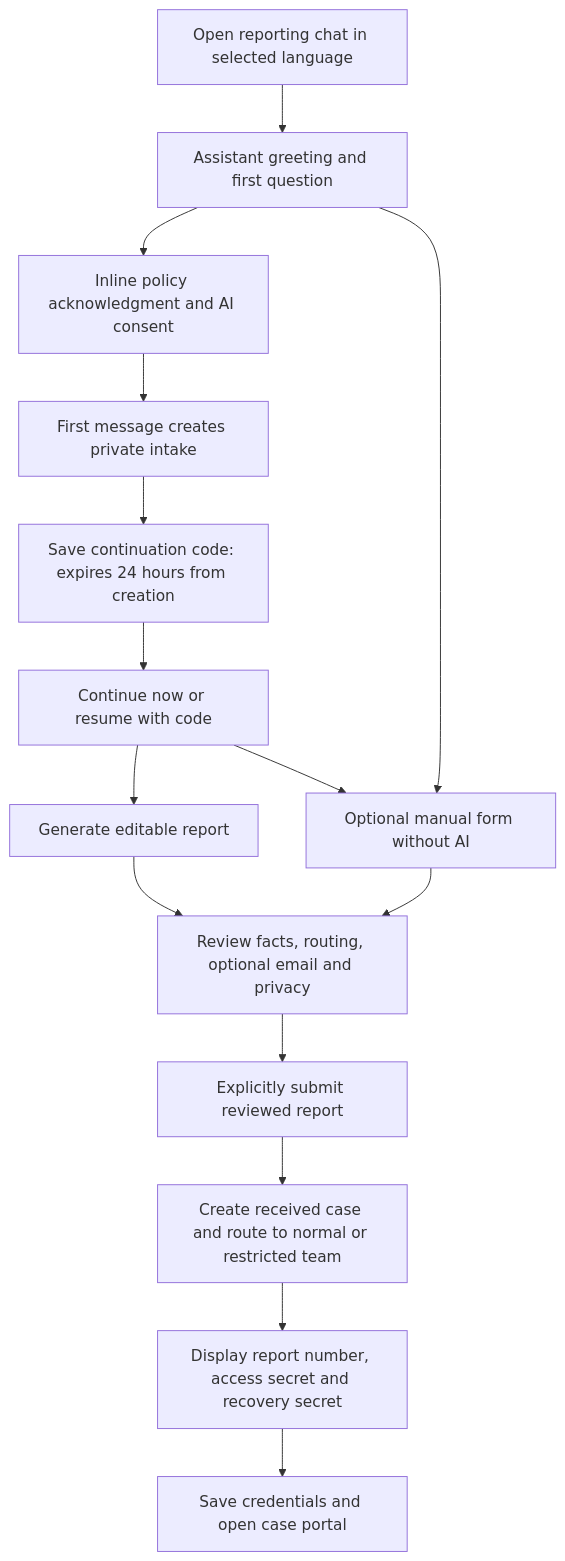
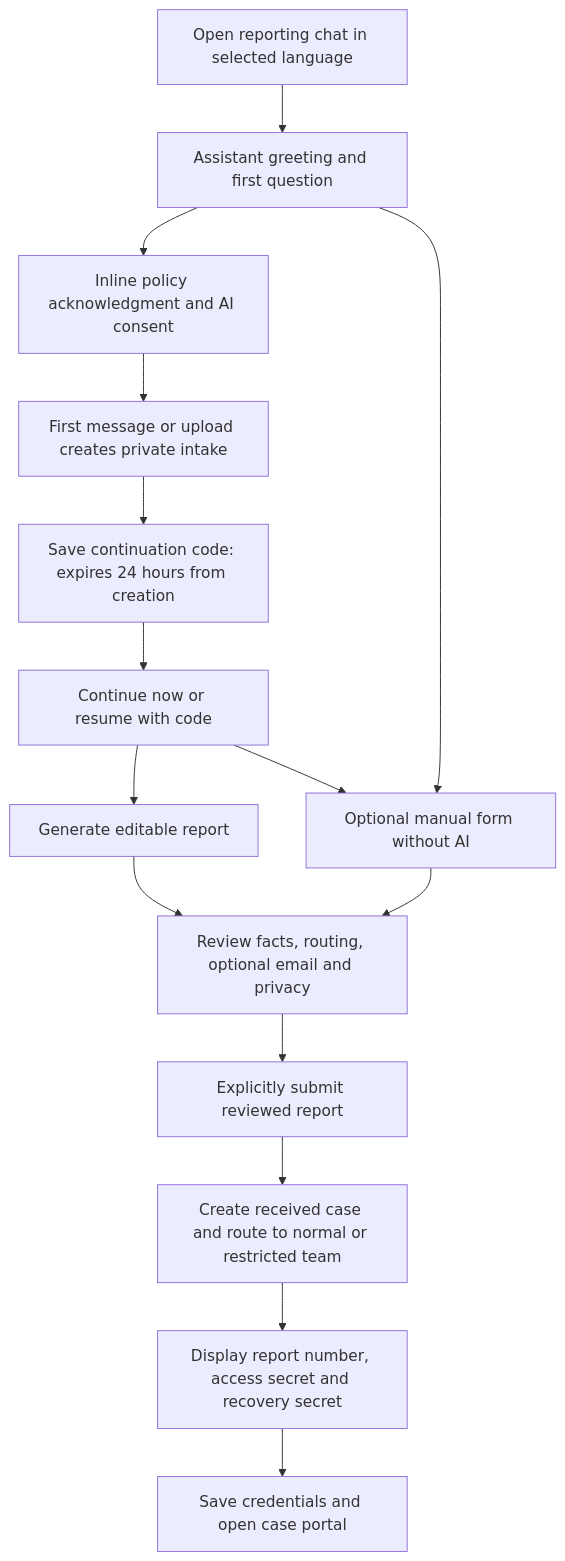
One commit to lixionary/lixionary-whistleblower changed the first of 5 diagrams in docs/reporting-flow.md. Above: the diagram before and after it, drawn with Mermaid. The commit also changed other lines of this file and 48 other files, not shown here.

Commit message:
feat: add private intake evidence and Garage storage (v1.3.0)

````diff
--- a/docs/reporting-flow.md
+++ b/docs/reporting-flow.md
@@ -41,17 +41,17 @@
 ```mermaid
 flowchart TD
     Start["Open reporting chat in selected language"] --> Greet["Assistant greeting and first question"]
     Greet --> Consent["Inline policy acknowledgment and AI consent"]
-    Consent --> Chat["First message creates private intake"]
+    Consent --> Chat["First message or upload creates private intake"]
     Chat --> Code["Save continuation code: expires 24 hours from creation"]
     Code --> Continue["Continue now or resume with code"]
     Continue --> Draft["Generate editable report"]
     Greet --> Manual["Optional manual form without AI"]
     Continue --> Manual
     Draft --> Review["Review facts, routing, optional email and privacy"]
     Manual --> Review
     Review --> Submit["Explicitly submit reviewed report"]
     Submit --> Case["Create received case and route to normal or restricted team"]
     Case --> Receipt["Display report number, access secret and recovery secret"]
     Receipt --> Portal["Save credentials and open case portal"]
 ```
````
